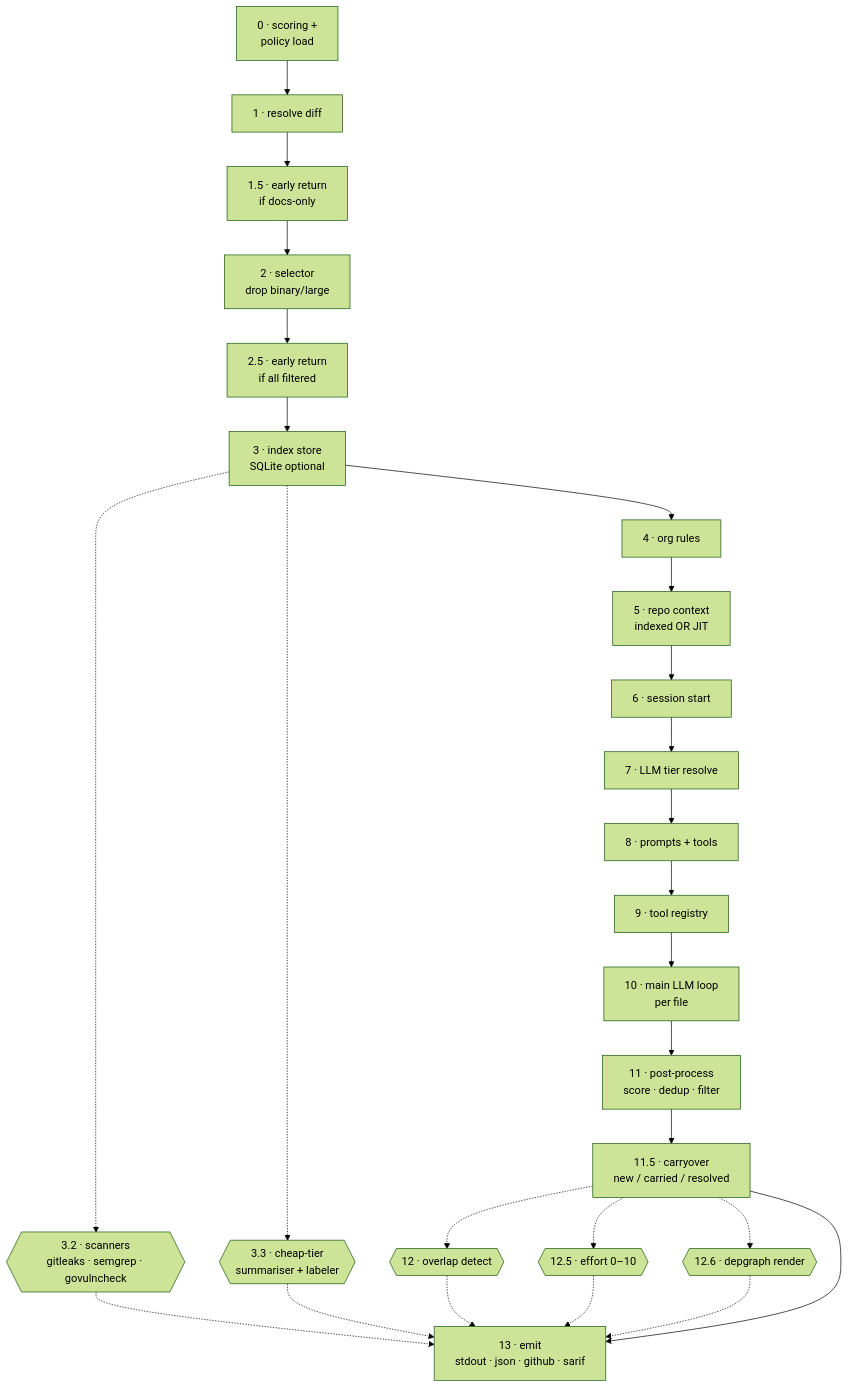
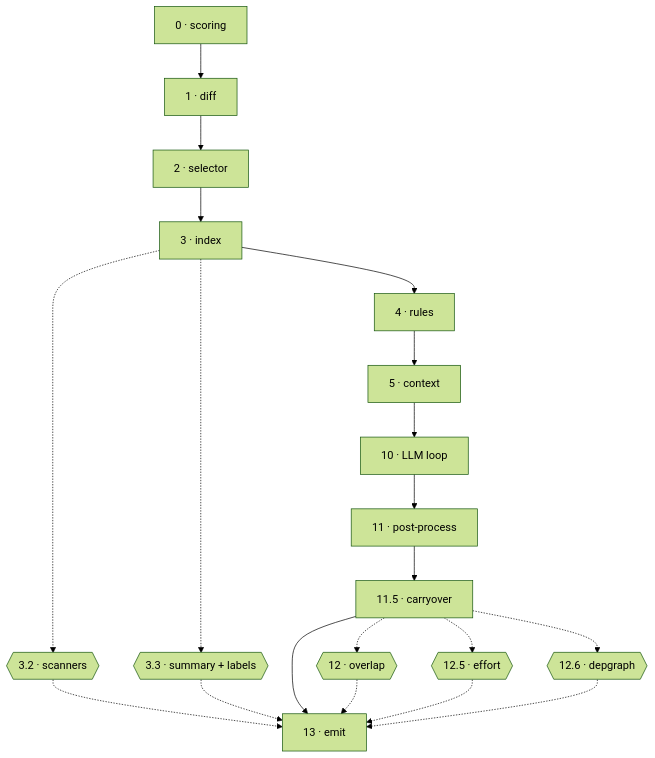
One commit to shubam-disseqt/shubam-ai-code-reviewer changed the second of 2 diagrams in README.md. Above: the diagram before and after it, drawn with Mermaid (forest theme). The commit also changed other lines of this file, not shown here.

````diff
--- a/README.md
+++ b/README.md
@@ -211,38 +114,31 @@
 ```mermaid
 flowchart TD
-    P0["0 · scoring +<br/>policy load"]
-    P1["1 · resolve diff"]
-    P15["1.5 · early return<br/>if docs-only"]
-    P2["2 · selector<br/>drop binary/large"]
-    P25["2.5 · early return<br/>if all filtered"]
-    P3["3 · index store<br/>SQLite optional"]
-    P32{{"3.2 · scanners<br/>gitleaks · semgrep · govulncheck"}}
-    P33{{"3.3 · cheap-tier<br/>summariser + labeler"}}
-    P4["4 · org rules"]
-    P5["5 · repo context<br/>indexed OR JIT"]
-    P6["6 · session start"]
-    P7["7 · LLM tier resolve"]
-    P8["8 · prompts + tools"]
-    P9["9 · tool registry"]
-    P10["10 · main LLM loop<br/>per file"]
-    P11["11 · post-process<br/>score · dedup · filter"]
-    P115["11.5 · carryover<br/>new / carried / resolved"]
-    P12{{"12 · overlap detect"}}
-    P125{{"12.5 · effort 0–10"}}
-    P126{{"12.6 · depgraph render"}}
-    P13["13 · emit<br/>stdout · json · github · sarif"]
+    P0["0 · scoring"]
+    P1["1 · diff"]
+    P2["2 · selector"]
+    P3["3 · index"]
+    P32{{"3.2 · scanners"}}
+    P33{{"3.3 · summary + labels"}}
+    P4["4 · rules"]
+    P5["5 · context"]
+    P10["10 · LLM loop"]
+    P11["11 · post-process"]
+    P115["11.5 · carryover"]
+    P12{{"12 · overlap"}}
+    P125{{"12.5 · effort"}}
+    P126{{"12.6 · depgraph"}}
+    P13["13 · emit"]
 
-    P0 --> P1 --> P15 --> P2 --> P25 --> P3
+    P0 --> P1 --> P2 --> P3
     P3 -.-> P32
     P3 -.-> P33
-    P3 --> P4 --> P5 --> P6 --> P7 --> P8 --> P9 --> P10 --> P11 --> P115
+    P3 --> P4 --> P5 --> P10 --> P11 --> P115 --> P13
     P115 -.-> P12
     P115 -.-> P125
     P115 -.-> P126
-    P115 --> P13
     P32 -.-> P13
     P33 -.-> P13
     P12 -.-> P13
     P125 -.-> P13
     P126 -.-> P13
 ```
````
